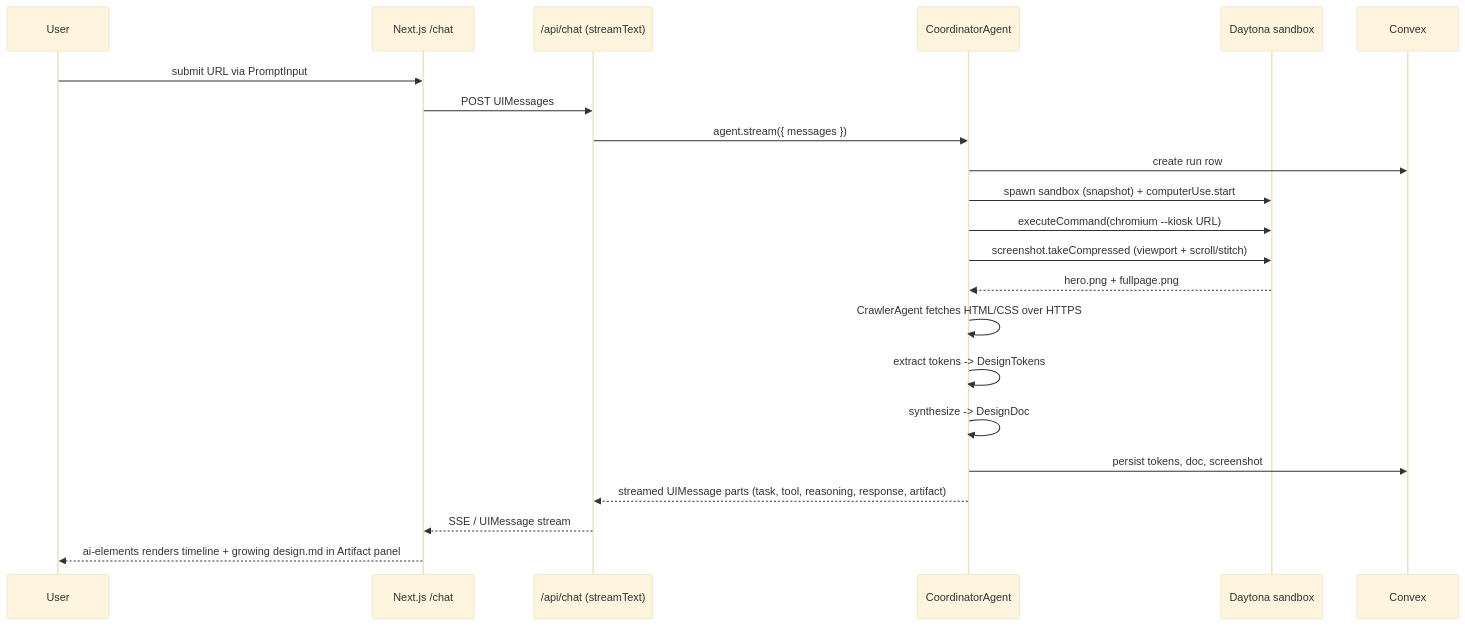
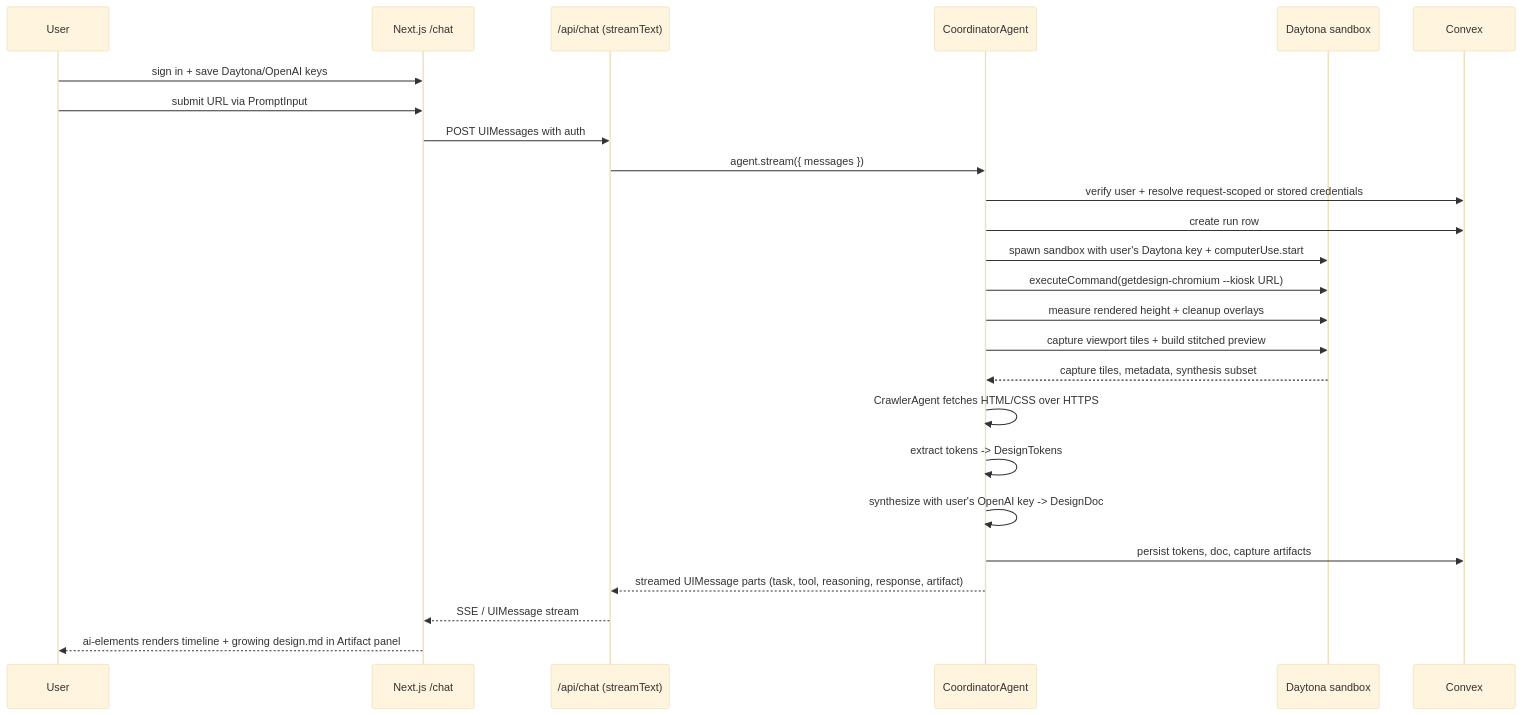
Before and after one commit to MohtashamMurshid/getdesign: the second of 2 diagrams in architecture.md, drawn with Mermaid (base theme). The commit also changed other lines of this file and 4 other files, not shown here.

First line of the commit message:
docs: define BYOK full-page capture architecture

````diff
--- a/architecture.md
+++ b/architecture.md
@@ -154,24 +184,27 @@
 ```mermaid
 sequenceDiagram
     participant U as User
     participant W as Next.js /chat
     participant R as /api/chat (streamText)
     participant C as CoordinatorAgent
     participant D as Daytona sandbox
     participant CV as Convex
+    U->>W: sign in + save Daytona/OpenAI keys
     U->>W: submit URL via PromptInput
-    W->>R: POST UIMessages
+    W->>R: POST UIMessages with auth
     R->>C: agent.stream({ messages })
+    C->>CV: verify user + resolve request-scoped or stored credentials
     C->>CV: create run row
-    C->>D: spawn sandbox (snapshot) + computerUse.start
-    C->>D: executeCommand(chromium --kiosk URL)
-    C->>D: screenshot.takeCompressed (viewport + scroll/stitch)
-    D-->>C: hero.png + fullpage.png
+    C->>D: spawn sandbox with user's Daytona key + computerUse.start
+    C->>D: executeCommand(getdesign-chromium --kiosk URL)
+    C->>D: measure rendered height + cleanup overlays
+    C->>D: capture viewport tiles + build stitched preview
+    D-->>C: capture tiles, metadata, synthesis subset
     C->>C: CrawlerAgent fetches HTML/CSS over HTTPS
     C->>C: extract tokens -> DesignTokens
-    C->>C: synthesize -> DesignDoc
-    C->>CV: persist tokens, doc, screenshot
+    C->>C: synthesize with user's OpenAI key -> DesignDoc
+    C->>CV: persist tokens, doc, capture artifacts
     C-->>R: streamed UIMessage parts (task, tool, reasoning, response, artifact)
     R-->>W: SSE / UIMessage stream
     W-->>U: ai-elements renders timeline + growing design.md in Artifact panel
 ```
````
